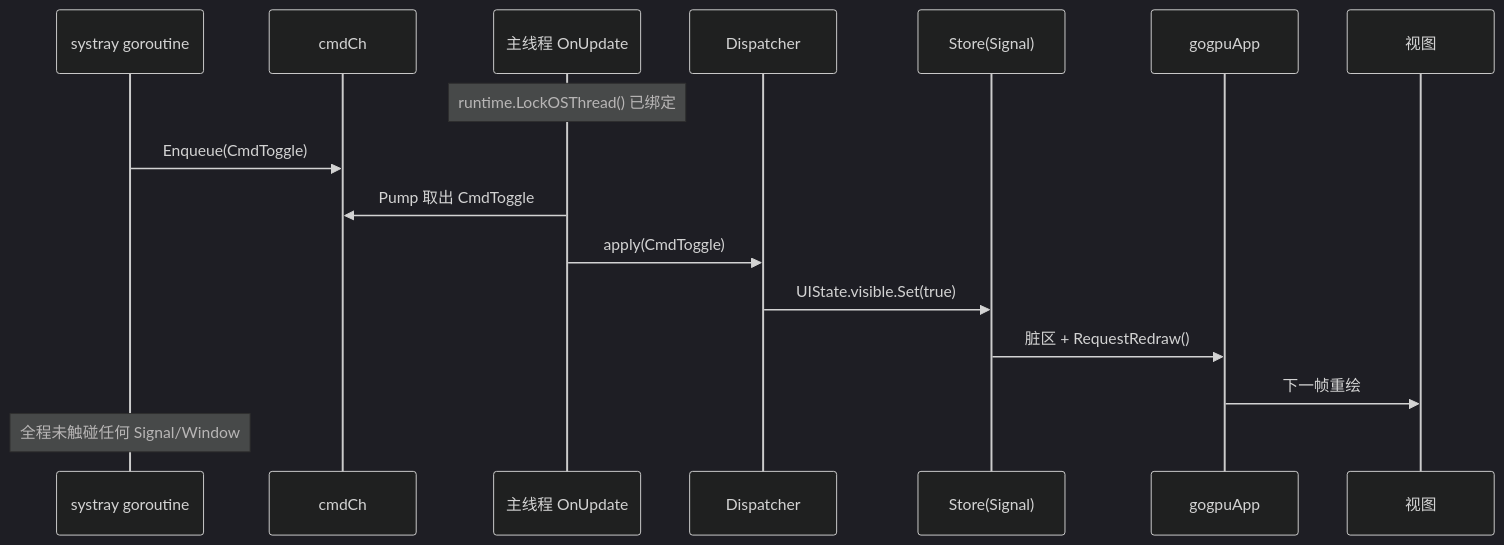
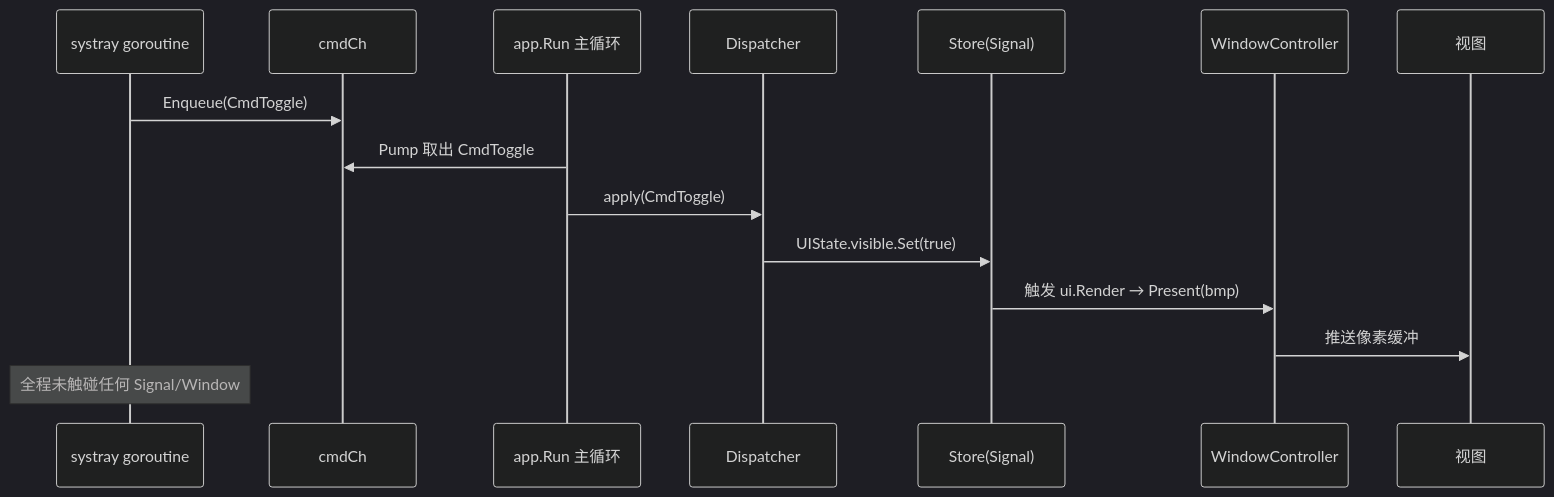
The third of 4 diagrams in docs/30-State/DataFlow.md (shaolei/DeskCalendar), drawn with Mermaid (dark theme) before and after one commit. The commit also changed other lines of this file and 25 other files, not shown here.

````diff
--- a/docs/30-State/DataFlow.md
+++ b/docs/30-State/DataFlow.md
@@ -144,19 +144,18 @@
 ```mermaid
 sequenceDiagram
     participant Tray as systray goroutine
     participant Ch as cmdCh
-    participant Main as 主线程 OnUpdate
+    participant Main as app.Run 主循环
     participant Disp as Dispatcher
     participant Store as Store(Signal)
-    participant App as gogpuApp
+    participant Win as WindowController
     participant View as 视图
 
-    Note over Main: runtime.LockOSThread() 已绑定
     Tray->>Ch: Enqueue(CmdToggle)
     Main->>Ch: Pump 取出 CmdToggle
     Main->>Disp: apply(CmdToggle)
     Disp->>Store: UIState.visible.Set(true)
-    Store->>App: 脏区 + RequestRedraw()
-    App->>View: 下一帧重绘
+    Store->>Win: 触发 ui.Render → Present(bmp)
+    Win->>View: 推送像素缓冲
     Note over Tray: 全程未触碰任何 Signal/Window
 ```
````
